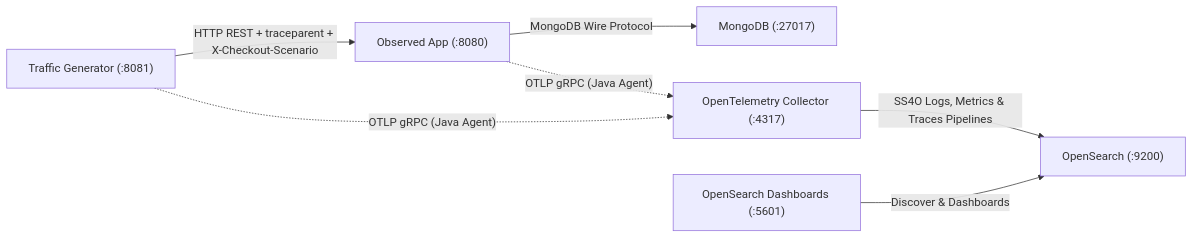
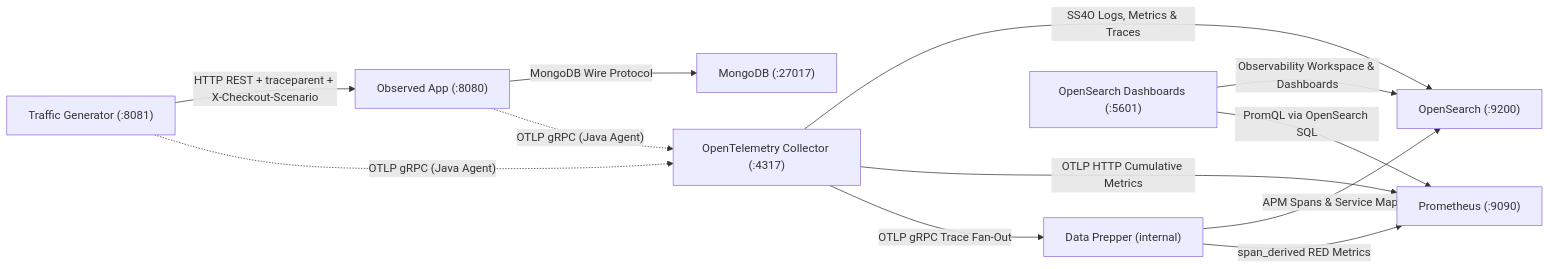
The diagram in README.md (PawelBalcerek/observe-it), drawn with Mermaid before and after one commit. The commit also changed other lines of this file and 13 other files, not shown here.

````diff
--- a/README.md
+++ b/README.md
@@ -22,9 +23,14 @@
 ```mermaid
 flowchart LR
   TG["Traffic Generator (:8081)"] -->|"HTTP REST + traceparent + X-Checkout-Scenario"| OA["Observed App (:8080)"]
   OA -->|"MongoDB Wire Protocol"| MDB["MongoDB (:27017)"]
   TG -.->|"OTLP gRPC (Java Agent)"| OC["OpenTelemetry Collector (:4317)"]
   OA -.->|"OTLP gRPC (Java Agent)"| OC
-  OC -->|"SS4O Logs, Metrics & Traces Pipelines"| OS["OpenSearch (:9200)"]
-  OSD["OpenSearch Dashboards (:5601)"] -->|"Discover & Dashboards"| OS
+  OC -->|"SS4O Logs, Metrics & Traces"| OS["OpenSearch (:9200)"]
+  OC -->|"OTLP HTTP Cumulative Metrics"| PROM["Prometheus (:9090)"]
+  OC -->|"OTLP gRPC Trace Fan-Out"| DP["Data Prepper (internal)"]
+  DP -->|"APM Spans & Service Map"| OS
+  DP -->|"span_derived RED Metrics"| PROM
+  OSD["OpenSearch Dashboards (:5601)"] -->|"Observability Workspace & Dashboards"| OS
+  OSD -->|"PromQL via OpenSearch SQL"| PROM
 ```
````
